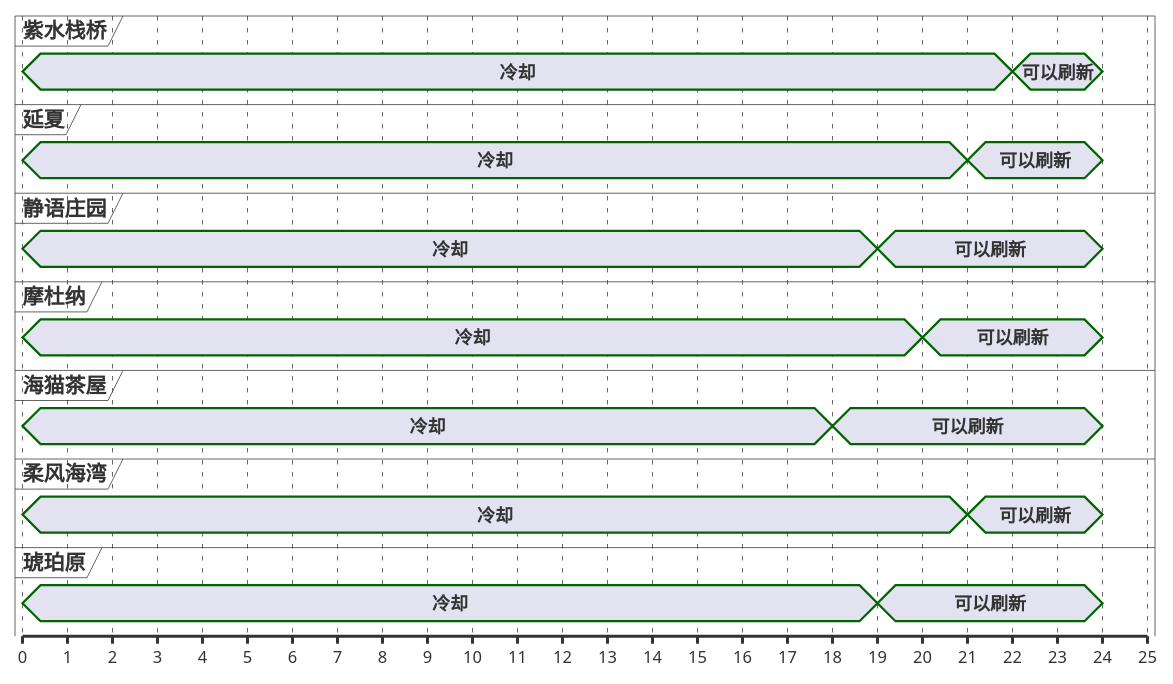
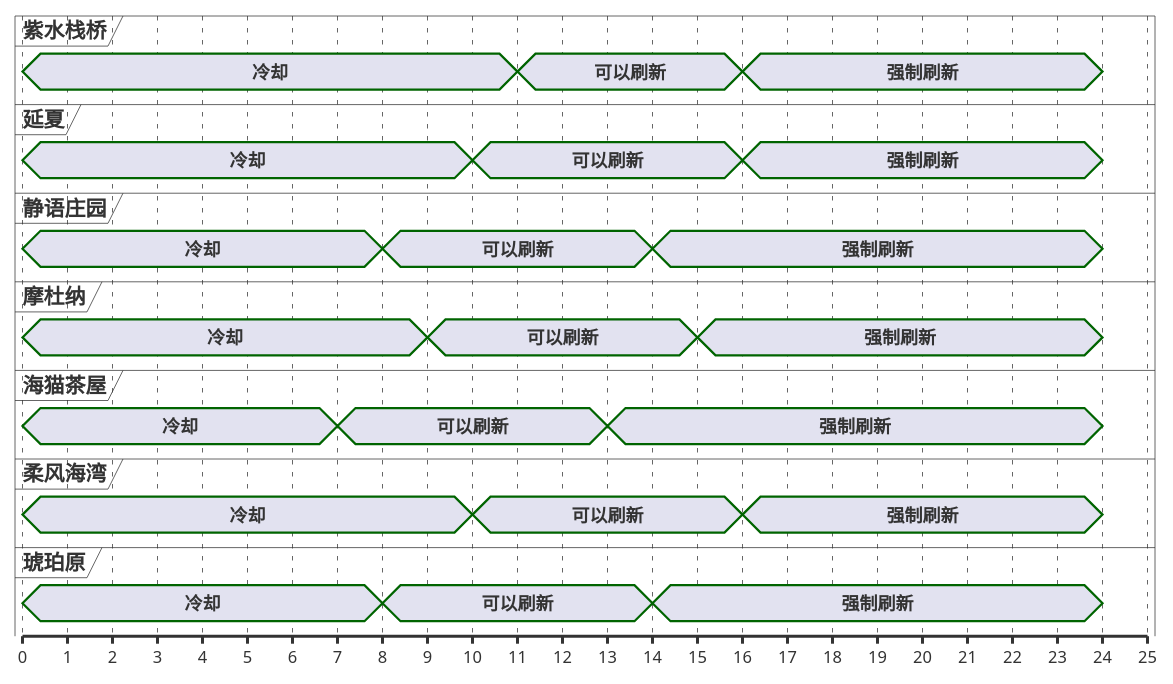
The third of 13 diagrams in ffxiv/hunt/2.0/Chernobog.md (Eroleice/doc-pi), drawn with PlantUML before and after one commit. The commit also changed other lines of this file and 38 other files, not shown here.

````diff
--- a/ffxiv/hunt/2.0/Chernobog.md
+++ b/ffxiv/hunt/2.0/Chernobog.md
@@ -149,49 +165,56 @@
 ```plantuml
 @startuml
 scale 1 as 30 pixels
 
 concise 紫水栈桥
 concise 延夏
 concise 静语庄园
 concise 摩杜纳
 concise 海猫茶屋
 concise 柔风海湾
 concise 琥珀原
 
 @海猫茶屋
 0 is 冷却
-18 is 可以刷新
+7 is 可以刷新
+13 is 强制刷新
 24 is {hidden}
 
 @静语庄园
 0 is 冷却
-19 is 可以刷新
+8 is 可以刷新
+14 is 强制刷新
 24 is {hidden}
 
 @琥珀原
 0 is 冷却
-19 is 可以刷新
+8 is 可以刷新
+14 is 强制刷新
 24 is {hidden}
 
 @摩杜纳
 0 is 冷却
-20 is 可以刷新
+9 is 可以刷新
+15 is 强制刷新
 24 is {hidden}
 
 @延夏
 0 is 冷却
-21 is 可以刷新
+10 is 可以刷新
+16 is 强制刷新
 24 is {hidden}
 
 @柔风海湾
 0 is 冷却
-21 is 可以刷新
+10 is 可以刷新
+16 is 强制刷新
 24 is {hidden}
 
 @紫水栈桥
 0 is 冷却
-22 is 可以刷新
+11 is 可以刷新
+16 is 强制刷新
 24 is {hidden}
 
 @enduml
 ```
````
